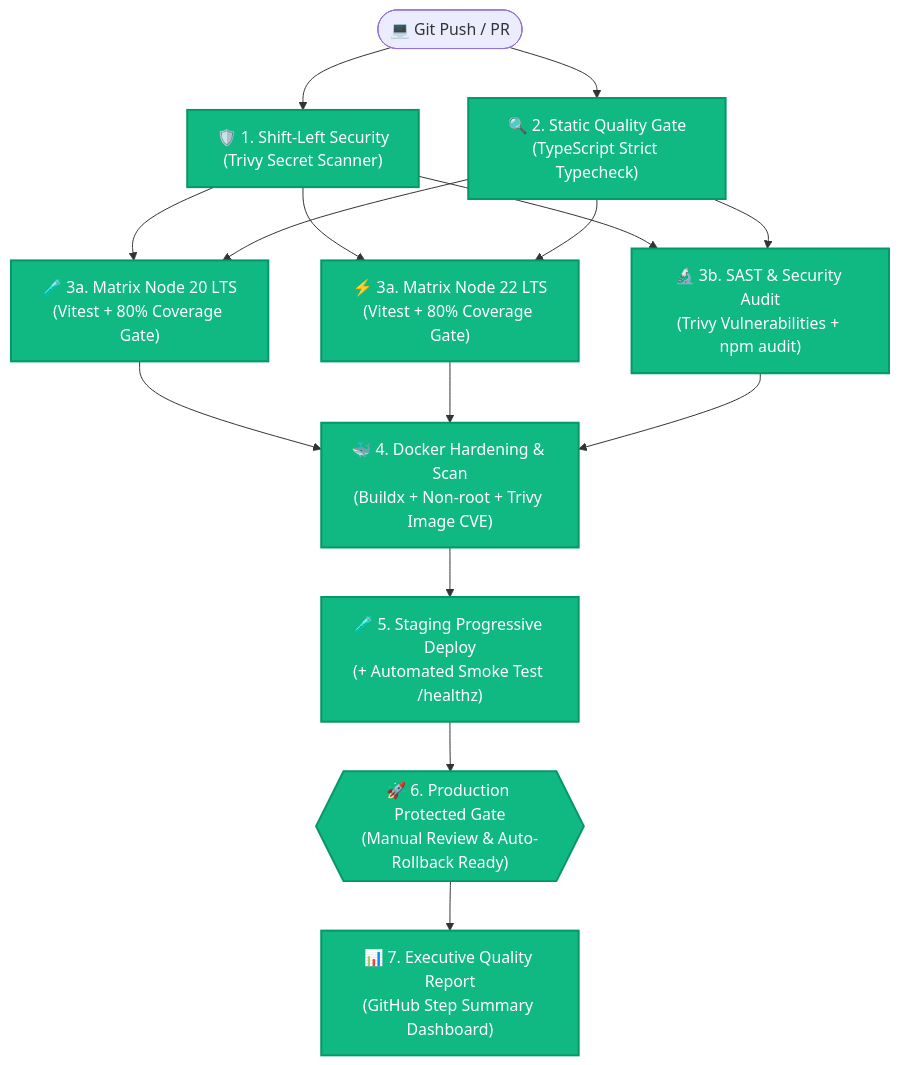
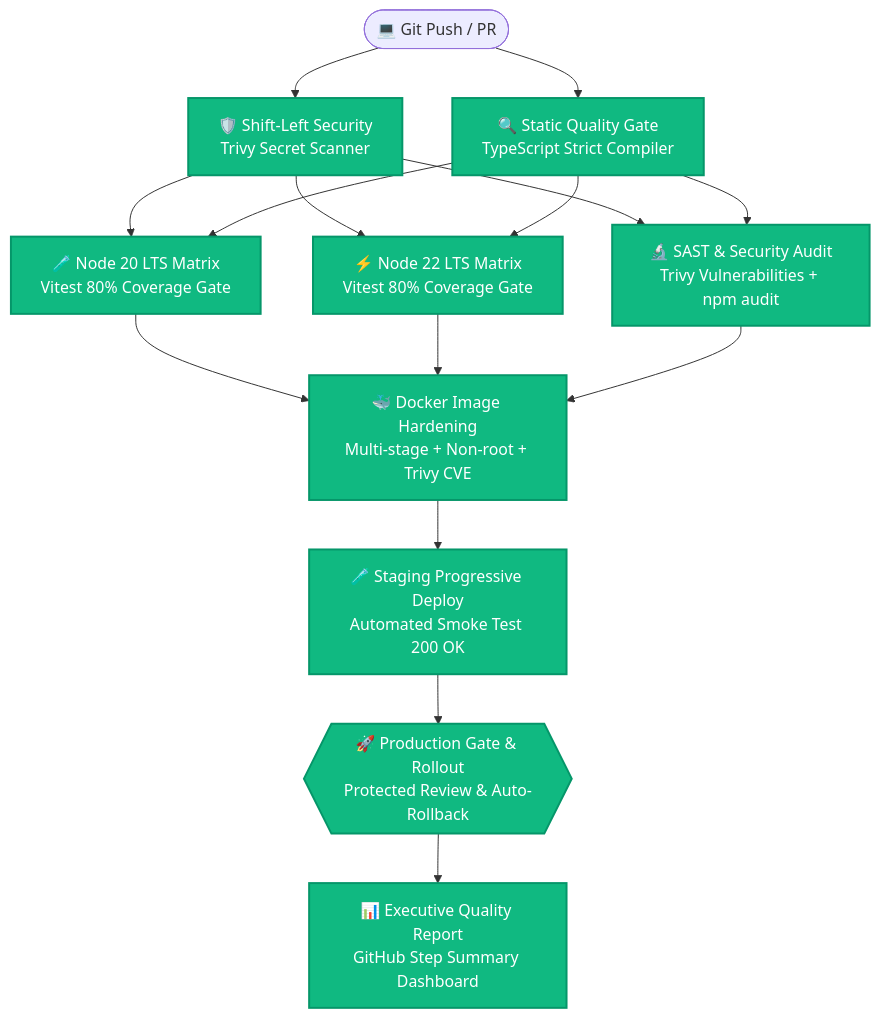
The diagram in README.md (Ma1910/test-cicd), drawn with Mermaid before and after one commit. The commit also changed other lines of this file and 1 other file, not shown here.

Commit message:
style: remove numbering from pipeline jobs and streamline visual DAG flowchart

````diff
--- a/README.md
+++ b/README.md
@@ -39,27 +39,27 @@
 ```mermaid
 graph TD
-    Dev([💻 Git Push / PR]) --> SecScan["🛡️ 1. Shift-Left Security<br/>(Trivy Secret Scanner)"]
-    Dev --> Quality["🔍 2. Static Quality Gate<br/>(TypeScript Strict Typecheck)"]
+    Dev([💻 Git Push / PR]) --> SecScan["🛡️ Shift-Left Security<br/>Trivy Secret Scanner"]
+    Dev --> Quality["🔍 Static Quality Gate<br/>TypeScript Strict Compiler"]
 
-    SecScan --> Matrix20["🧪 3a. Matrix Node 20 LTS<br/>(Vitest + 80% Coverage Gate)"]
+    SecScan --> Matrix20["🧪 Node 20 LTS Matrix<br/>Vitest 80% Coverage Gate"]
     Quality --> Matrix20
 
-    SecScan --> Matrix22["⚡ 3a. Matrix Node 22 LTS<br/>(Vitest + 80% Coverage Gate)"]
+    SecScan --> Matrix22["⚡ Node 22 LTS Matrix<br/>Vitest 80% Coverage Gate"]
     Quality --> Matrix22
 
-    SecScan --> SAST["🔬 3b. SAST & Security Audit<br/>(Trivy Vulnerabilities + npm audit)"]
+    SecScan --> SAST["🔬 SAST & Security Audit<br/>Trivy Vulnerabilities + npm audit"]
     Quality --> SAST
 
-    Matrix20 --> Docker["🐳 4. Docker Hardening & Scan<br/>(Buildx + Non-root + Trivy Image CVE)"]
+    Matrix20 --> Docker["🐳 Docker Image Hardening<br/>Multi-stage + Non-root + Trivy CVE"]
     Matrix22 --> Docker
     SAST --> Docker
 
-    Docker --> Staging["🧪 5. Staging Progressive Deploy<br/>(+ Automated Smoke Test /healthz)"]
+    Docker --> Staging["🧪 Staging Progressive Deploy<br/>Automated Smoke Test 200 OK"]
 
-    Staging --> ProdGate{{"🚀 6. Production Protected Gate<br/>(Manual Review & Auto-Rollback Ready)"}}
+    Staging --> ProdGate{{"🚀 Production Gate & Rollout<br/>Protected Review & Auto-Rollback"}}
 
-    ProdGate --> Summary["📊 7. Executive Quality Report<br/>(GitHub Step Summary Dashboard)"]
+    ProdGate --> Summary["📊 Executive Quality Report<br/>GitHub Step Summary Dashboard"]
 
     classDef success fill:#10b981,stroke:#059669,stroke-width:2px,color:#fff;
     class SecScan,Quality,Matrix20,Matrix22,SAST,Docker,Staging,ProdGate,Summary success;
 ```
````
